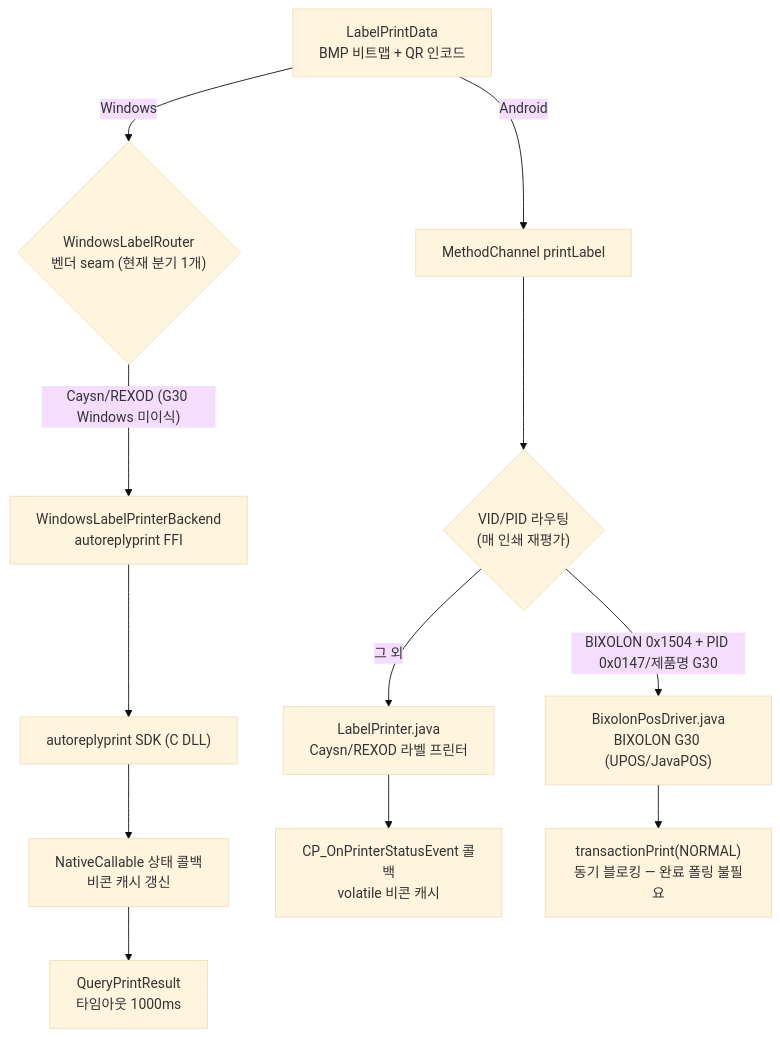
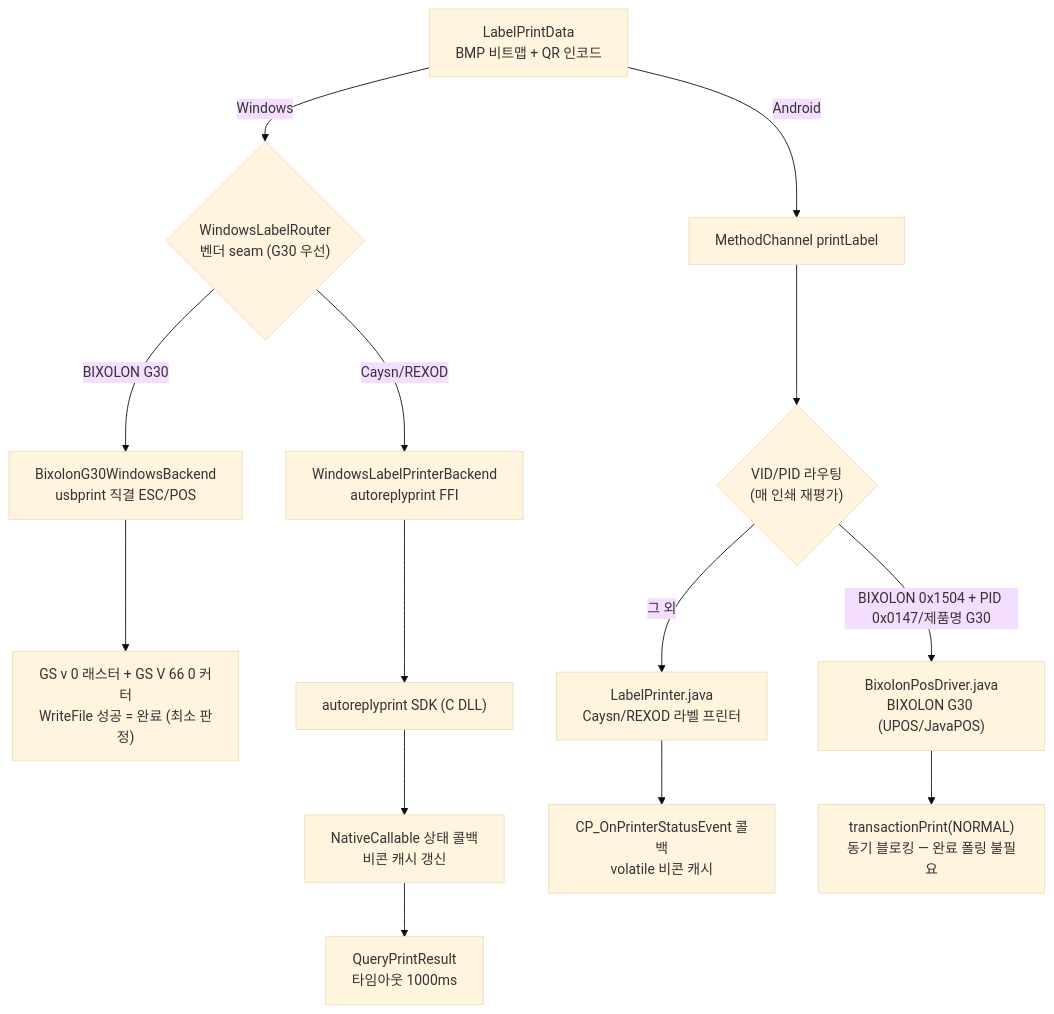
Before and after one commit to waldlustpos/appfit_order_agent: the third of 4 diagrams in docs/PRINTER_FLOW.md, drawn with Mermaid (base theme). The commit also changed other lines of this file and 21 other files, not shown here.

First line of the commit message:
feat(printer): BIXOLON G30 Windows 지원 + 외부 영수증 COM 우선

````diff
--- a/docs/PRINTER_FLOW.md
+++ b/docs/PRINTER_FLOW.md
@@ -176,17 +186,19 @@
 ```mermaid
 flowchart TD
     LBL["LabelPrintData<br/>BMP 비트맵 + QR 인코드"]
-    LBL -->|Windows| WRT{"WindowsLabelRouter<br/>벤더 seam (현재 분기 1개)"}
+    LBL -->|Windows| WRT{"WindowsLabelRouter<br/>벤더 seam (G30 우선)"}
     LBL -->|Android| LMC["MethodChannel printLabel"]
 
-    WRT -->|"Caysn/REXOD (G30 Windows 미이식)"| WB["WindowsLabelPrinterBackend<br/>autoreplyprint FFI"]
+    WRT -->|"BIXOLON G30"| WG30["BixolonG30WindowsBackend<br/>usbprint 직결 ESC/POS"]
+    WG30 --> WGR["GS v 0 래스터 + GS V 66 0 커터<br/>WriteFile 성공 = 완료 (최소 판정)"]
+    WRT -->|"Caysn/REXOD"| WB["WindowsLabelPrinterBackend<br/>autoreplyprint FFI"]
     WB --> FFI["autoreplyprint SDK (C DLL)"]
     FFI --> CB["NativeCallable 상태 콜백<br/>비콘 캐시 갱신"]
     CB --> QPR["QueryPrintResult<br/>타임아웃 1000ms"]
 
     LMC --> RT{"VID/PID 라우팅<br/>(매 인쇄 재평가)"}
     RT -->|"BIXOLON 0x1504 + PID 0x0147/제품명 G30"| BPD["BixolonPosDriver.java<br/>BIXOLON G30 (UPOS/JavaPOS)"]
     RT -->|그 외| LJ["LabelPrinter.java<br/>Caysn/REXOD 라벨 프린터"]
     LJ --> LCB["CP_OnPrinterStatusEvent 콜백<br/>volatile 비콘 캐시"]
     BPD --> BTX["transactionPrint(NORMAL)<br/>동기 블로킹 — 완료 폴링 불필요"]
 ```
````
